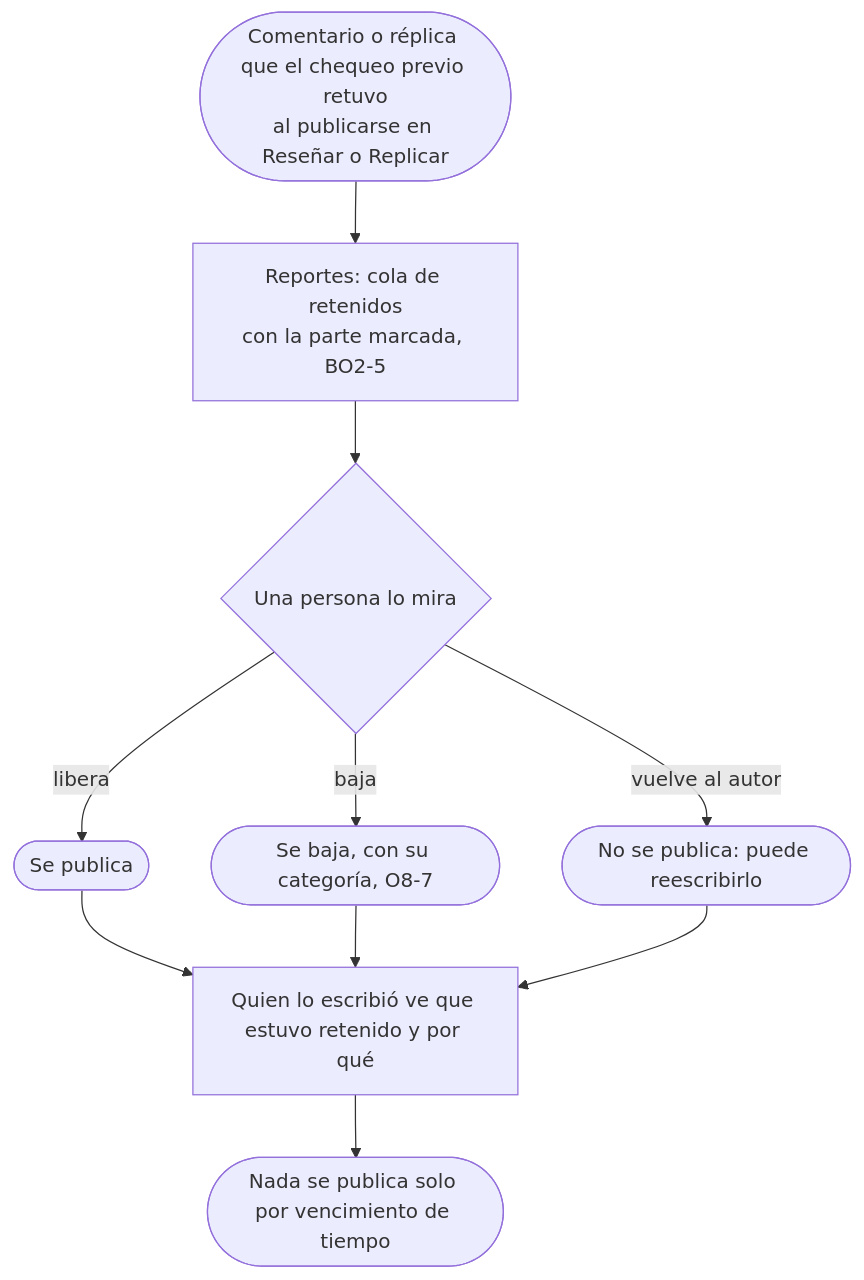
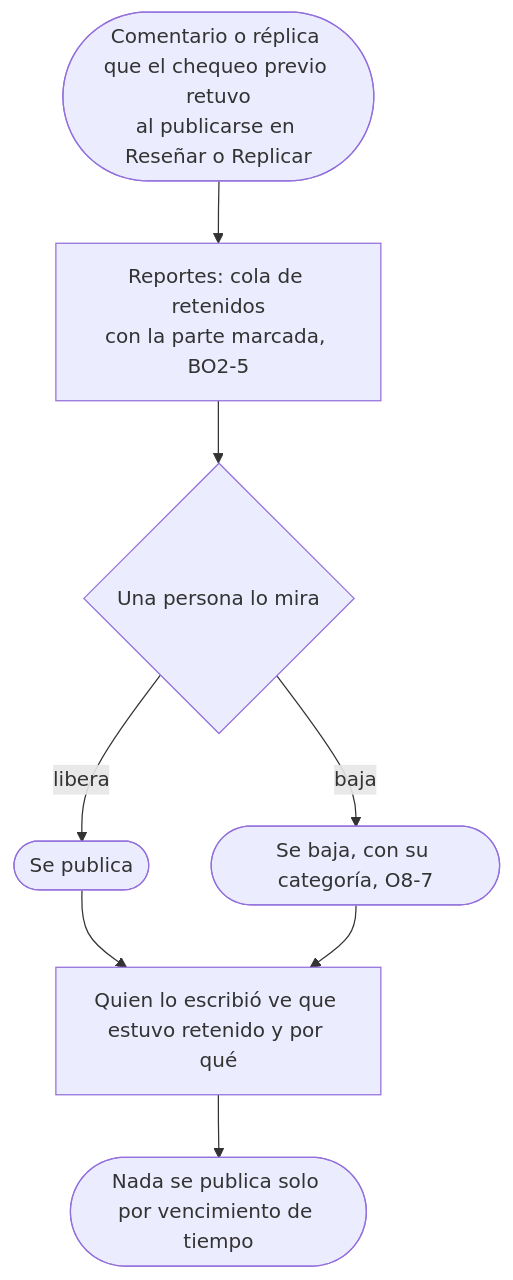
Before and after one commit to lucasidev/plan-b: the second of 5 diagrams in docs/epics/moderate-without-breaking-the-product/flow.md, drawn with Mermaid. The commit also changed 65 other files, not shown here.

````diff
--- a/docs/epics/moderate-without-breaking-the-product/flow.md
+++ b/docs/epics/moderate-without-breaking-the-product/flow.md
@@ -23,12 +23,10 @@
 ```mermaid
 flowchart TD
   A([Comentario o réplica que el chequeo previo retuvo<br/>al publicarse en Reseñar o Replicar]) --> B[Reportes: cola de retenidos<br/>con la parte marcada, BO2-5]
   B --> C{Una persona lo mira}
   C -->|libera| D([Se publica])
   C -->|baja| E([Se baja, con su categoría, O8-7])
-  C -->|vuelve al autor| F([No se publica: puede reescribirlo])
   D --> G[Quien lo escribió ve que estuvo retenido y por qué]
   E --> G
-  F --> G
   G --> H([Nada se publica solo por vencimiento de tiempo])
 ```
````
